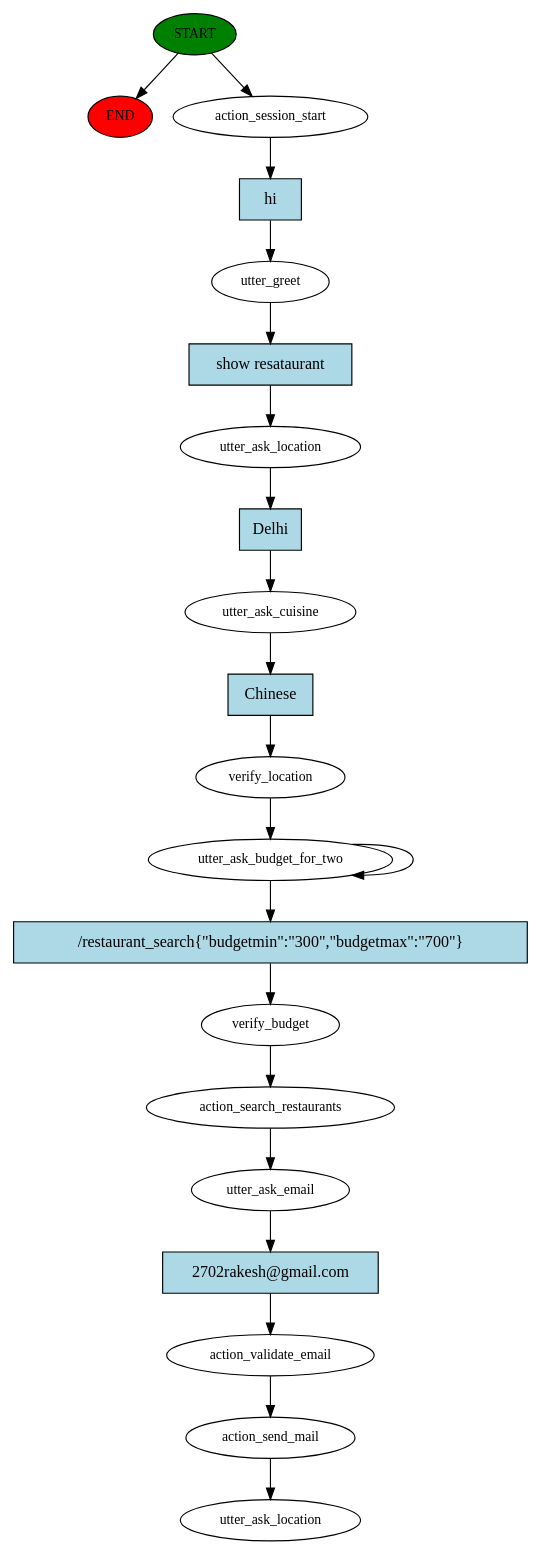
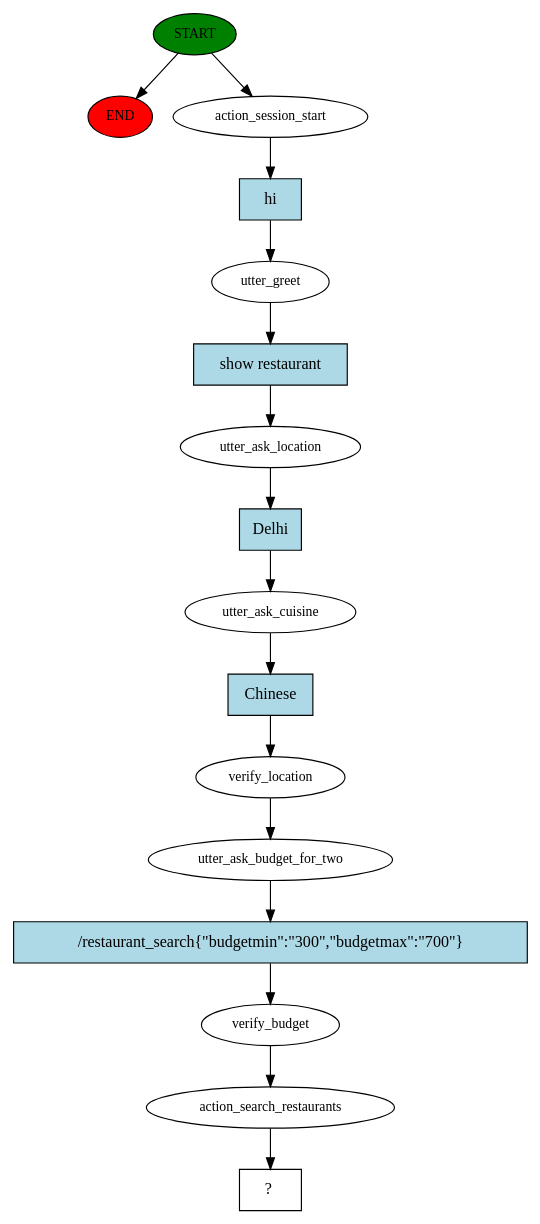
The diagram in story_graph.dot (RakeshKumar045/Restaurant_Rasa_Chatbot_Python), drawn with Graphviz before and after one commit. The commit also changed 3 other files, not shown here.

```diff
--- a/story_graph.dot
+++ b/story_graph.dot
@@ -1,42 +1,33 @@
 digraph  {
 0 [class="start active", fillcolor=green, fontsize=12, label=START, style=filled];
 "-1" [class=end, fillcolor=red, fontsize=12, label=END, style=filled];
 1 [class=active, fontsize=12, label=action_session_start];
 2 [class=active, fontsize=12, label=utter_greet];
 3 [class=active, fontsize=12, label=utter_ask_location];
 4 [class=active, fontsize=12, label=utter_ask_cuisine];
 5 [class=active, fontsize=12, label=verify_location];
 6 [class=active, fontsize=12, label=utter_ask_budget_for_two];
-8 [class=active, fontsize=12, label=verify_budget];
-9 [class=active, fontsize=12, label=action_search_restaurants];
-10 [class=active, fontsize=12, label=utter_ask_email];
-11 [class=active, fontsize=12, label=action_validate_email];
-12 [class=active, fontsize=12, label=action_send_mail];
-13 [class="dashed active", fontsize=12, label=utter_ask_location];
-14 [class="intent active", fillcolor=lightblue, label=hi, shape=rect, style=filled];
-15 [class="intent active", fillcolor=lightblue, label="show resataurant", shape=rect, style=filled];
-16 [class="intent active", fillcolor=lightblue, label=Delhi, shape=rect, style=filled];
-17 [class="intent active", fillcolor=lightblue, label=Chinese, shape=rect, style=filled];
-18 [class="intent active", fillcolor=lightblue, label="/restaurant_search{\"budgetmin\":\"300\",\"budgetmax\":\"700\"}", shape=rect, style=filled];
-19 [class="intent active", fillcolor=lightblue, label="2702rakesh@gmail.com", shape=rect, style=filled];
+7 [class=active, fontsize=12, label=verify_budget];
+8 [class=active, fontsize=12, label=action_search_restaurants];
+9 [class="intent dashed active", label="  ?  ", shape=rect];
+10 [class="intent active", fillcolor=lightblue, label=hi, shape=rect, style=filled];
+11 [class="intent active", fillcolor=lightblue, label="show restaurant", shape=rect, style=filled];
+12 [class="intent active", fillcolor=lightblue, label=Delhi, shape=rect, style=filled];
+13 [class="intent active", fillcolor=lightblue, label=Chinese, shape=rect, style=filled];
+14 [class="intent active", fillcolor=lightblue, label="/restaurant_search{\"budgetmin\":\"300\",\"budgetmax\":\"700\"}", shape=rect, style=filled];
 0 -> "-1"  [class="", key=NONE, label=""];
 0 -> 1  [class=active, key=NONE, label=""];
-1 -> 14  [class=active, key=0];
-2 -> 15  [class=active, key=0];
-3 -> 16  [class=active, key=0];
-4 -> 17  [class=active, key=0];
+1 -> 10  [class=active, key=0];
+2 -> 11  [class=active, key=0];
+3 -> 12  [class=active, key=0];
+4 -> 13  [class=active, key=0];
 5 -> 6  [class=active, key=NONE, label=""];
-6 -> 6  [class=active, key=NONE, label=""];
-6 -> 18  [class=active, key=0];
+6 -> 14  [class=active, key=0];
+7 -> 8  [class=active, key=NONE, label=""];
 8 -> 9  [class=active, key=NONE, label=""];
-9 -> 10  [class=active, key=NONE, label=""];
-10 -> 19  [class=active, key=0];
-11 -> 12  [class=active, key=NONE, label=""];
-12 -> 13  [class=active, key=NONE, label=""];
-14 -> 2  [class=active, key=0];
-15 -> 3  [class=active, key=0];
-16 -> 4  [class=active, key=0];
-17 -> 5  [class=active, key=0];
-18 -> 8  [class=active, key=0];
-19 -> 11  [class=active, key=0];
+10 -> 2  [class=active, key=0];
+11 -> 3  [class=active, key=0];
+12 -> 4  [class=active, key=0];
+13 -> 5  [class=active, key=0];
+14 -> 7  [class=active, key=0];
 }
```
